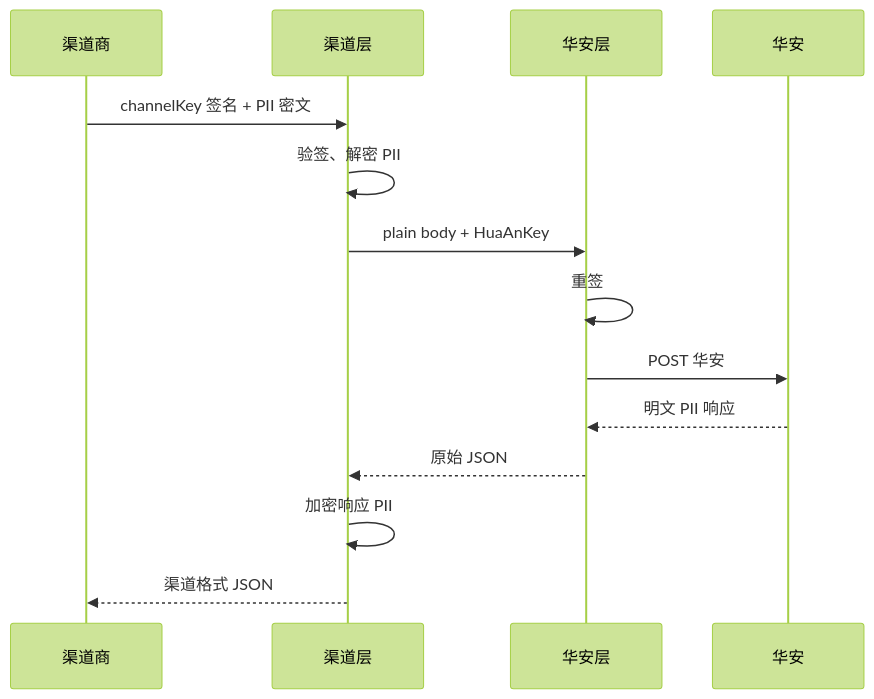
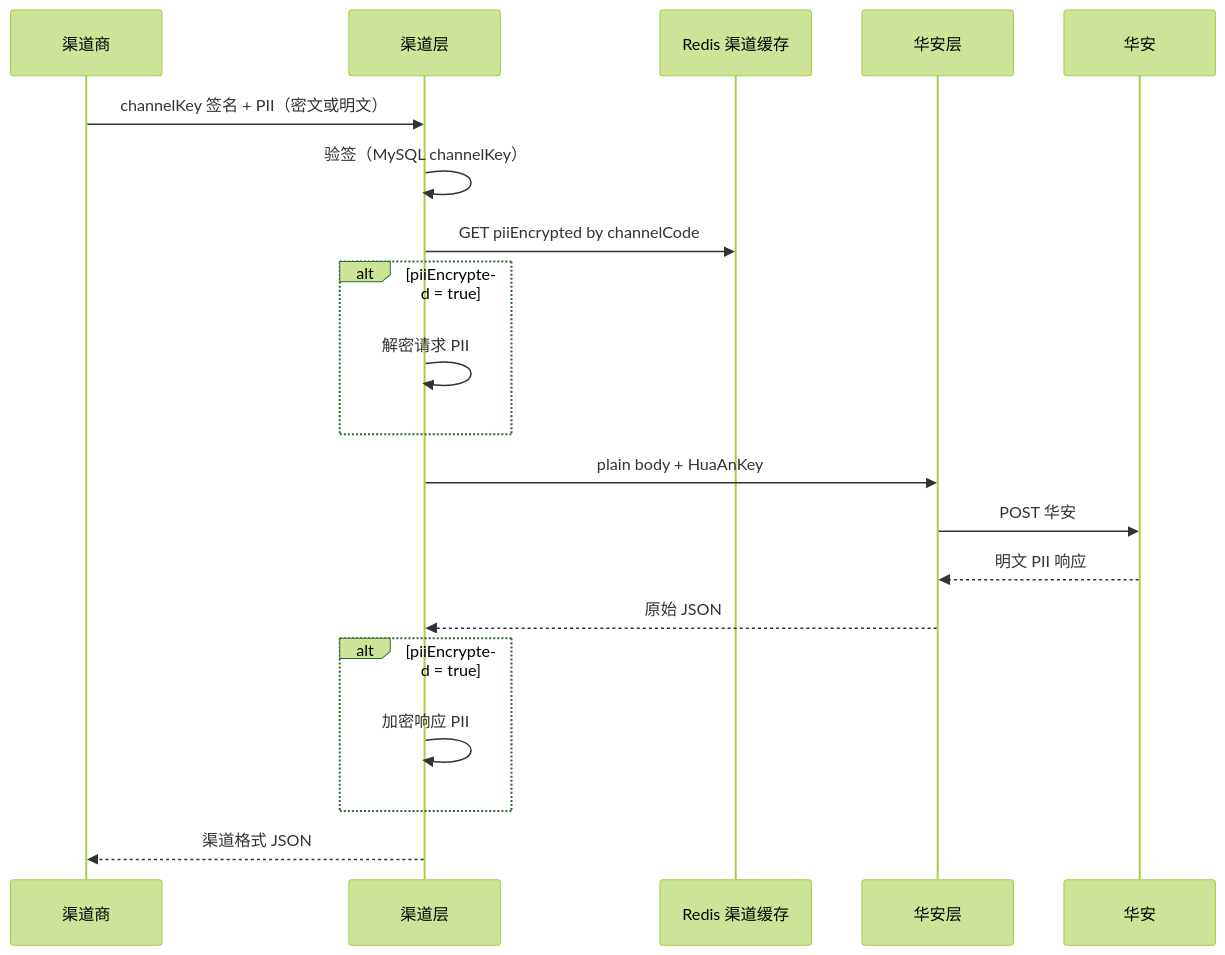
One commit to duchongdev/insurance changed the third of 3 diagrams in docs/ARCHITECTURE.md. Above: the diagram before and after it, drawn with Mermaid (forest theme). The commit also changed other lines of this file and 5 other files, not shown here.

````diff
--- a/docs/ARCHITECTURE.md
+++ b/docs/ARCHITECTURE.md
@@ -90,17 +128,23 @@
 ```mermaid
 sequenceDiagram
     participant CH as 渠道商
     participant BR as 渠道层
+    participant RC as Redis 渠道缓存
     participant HA as 华安层
     participant UP as 华安
 
-    CH->>BR: channelKey 签名 + PII 密文
-    BR->>BR: 验签、解密 PII
+    CH->>BR: channelKey 签名 + PII（密文或明文）
+    BR->>BR: 验签（MySQL channelKey）
+    BR->>RC: GET piiEncrypted by channelCode
+    alt piiEncrypted = true
+        BR->>BR: 解密请求 PII
+    end
     BR->>HA: plain body + HuaAnKey
-    HA->>HA: 重签
     HA->>UP: POST 华安
     UP-->>HA: 明文 PII 响应
     HA-->>BR: 原始 JSON
-    BR->>BR: 加密响应 PII
+    alt piiEncrypted = true
+        BR->>BR: 加密响应 PII
+    end
     BR-->>CH: 渠道格式 JSON
 ```
````
